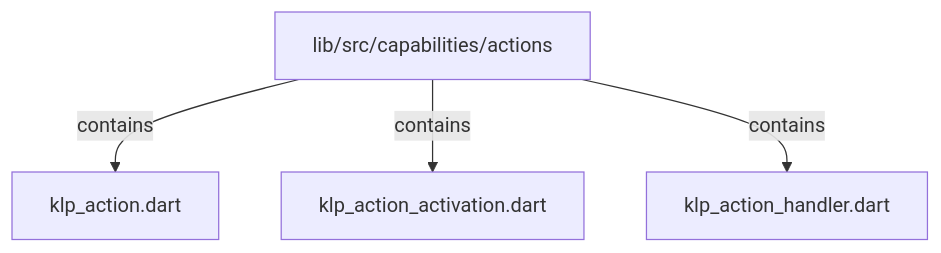
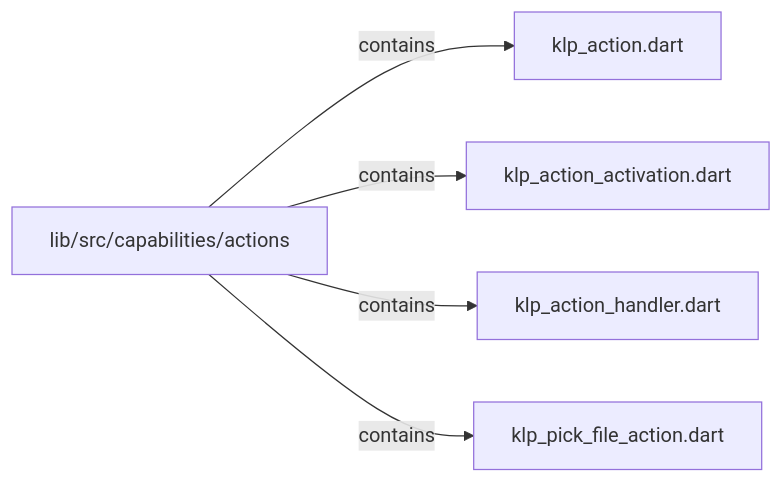
One commit to MiuDog/Kallopis changed the second of 2 diagrams in docs/architecture/src/capabilities/actions/README.md. Above: the diagram before and after it, drawn with Mermaid. The commit also changed other lines of this file and 9688 other files, not shown here.

Commit message:
Prepare isolated Flow F2 peer baseline

````diff
--- a/docs/architecture/src/capabilities/actions/README.md
+++ b/docs/architecture/src/capabilities/actions/README.md
@@ -36,10 +37,12 @@
 ```mermaid
-flowchart TD
+flowchart LR
 	n0["lib/src/capabilities/actions"]
 	n1["klp_action.dart"]
 	n2["klp_action_activation.dart"]
 	n3["klp_action_handler.dart"]
+	n4["klp_pick_file_action.dart"]
 	n0 -->|"contains"| n1
 	n0 -->|"contains"| n2
 	n0 -->|"contains"| n3
+	n0 -->|"contains"| n4
 ```
````
